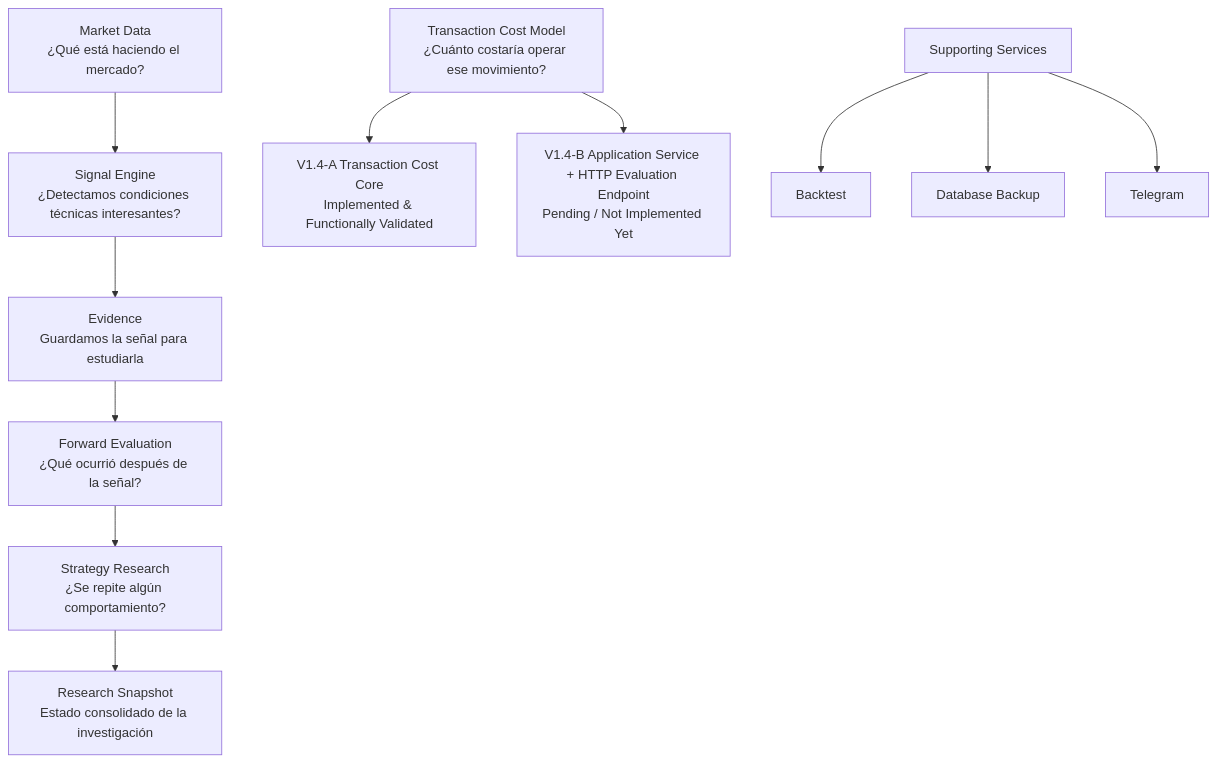
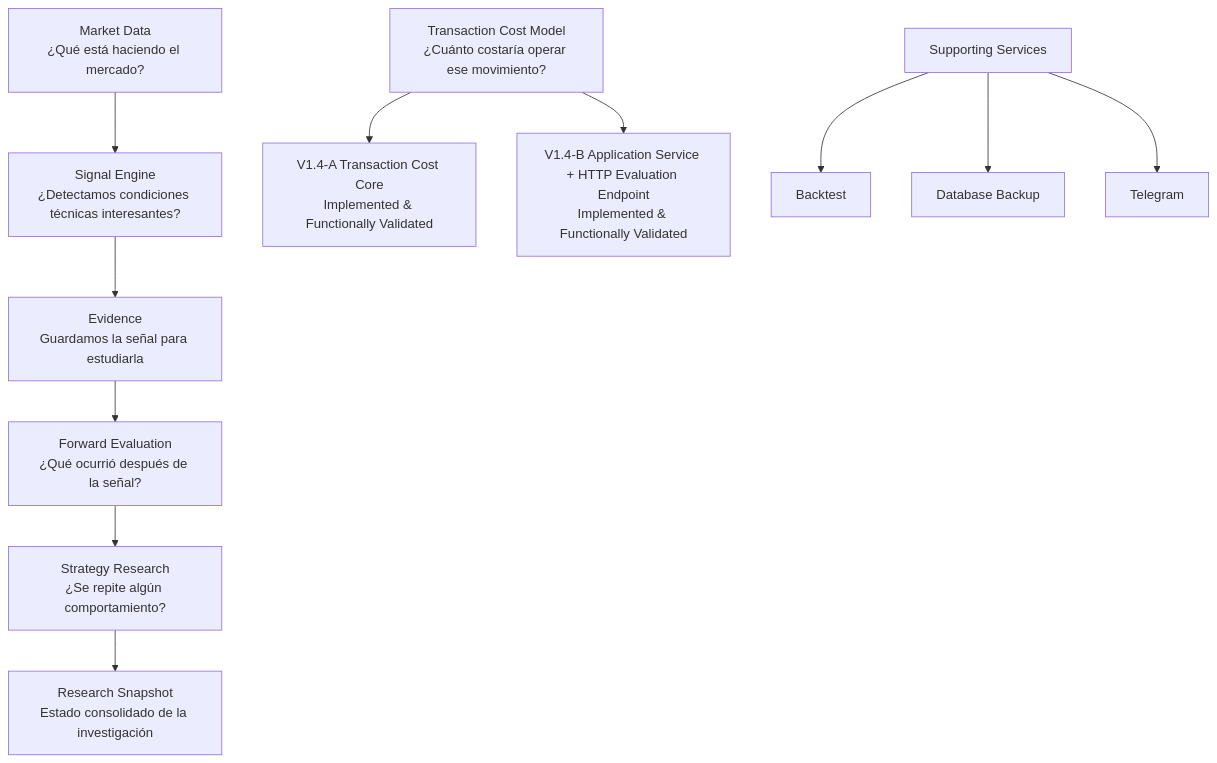
One commit to Alejandro-MOP/argos changed the first of 6 diagrams in docs/ARCHITECTURE.md. Above: the diagram before and after it, drawn with Mermaid. The commit also changed other lines of this file and 7 other files, not shown here.

Commit message:
feat: add transaction cost evaluation endpoint

````diff
--- a/docs/ARCHITECTURE.md
+++ b/docs/ARCHITECTURE.md
@@ -37,16 +37,16 @@
 ```mermaid
 flowchart TD
   A[Market Data<br/>¿Qué está haciendo el mercado?] --> B[Signal Engine<br/>¿Detectamos condiciones técnicas interesantes?]
   B --> C[Evidence<br/>Guardamos la señal para estudiarla]
   C --> D[Forward Evaluation<br/>¿Qué ocurrió después de la señal?]
   D --> E[Strategy Research<br/>¿Se repite algún comportamiento?]
   E --> F[Research Snapshot<br/>Estado consolidado de la investigación]
 
   G[Transaction Cost Model<br/>¿Cuánto costaría operar ese movimiento?]
   G --> H[V1.4-A Transaction Cost Core<br/>Implemented & Functionally Validated]
-  G --> I[V1.4-B Application Service + HTTP Evaluation Endpoint<br/>Pending / Not Implemented Yet]
+  G --> I[V1.4-B Application Service + HTTP Evaluation Endpoint<br/>Implemented & Functionally Validated]
 
   J[Supporting Services] --> K[Backtest]
   J --> L[Database Backup]
   J --> M[Telegram]
 ```
````
